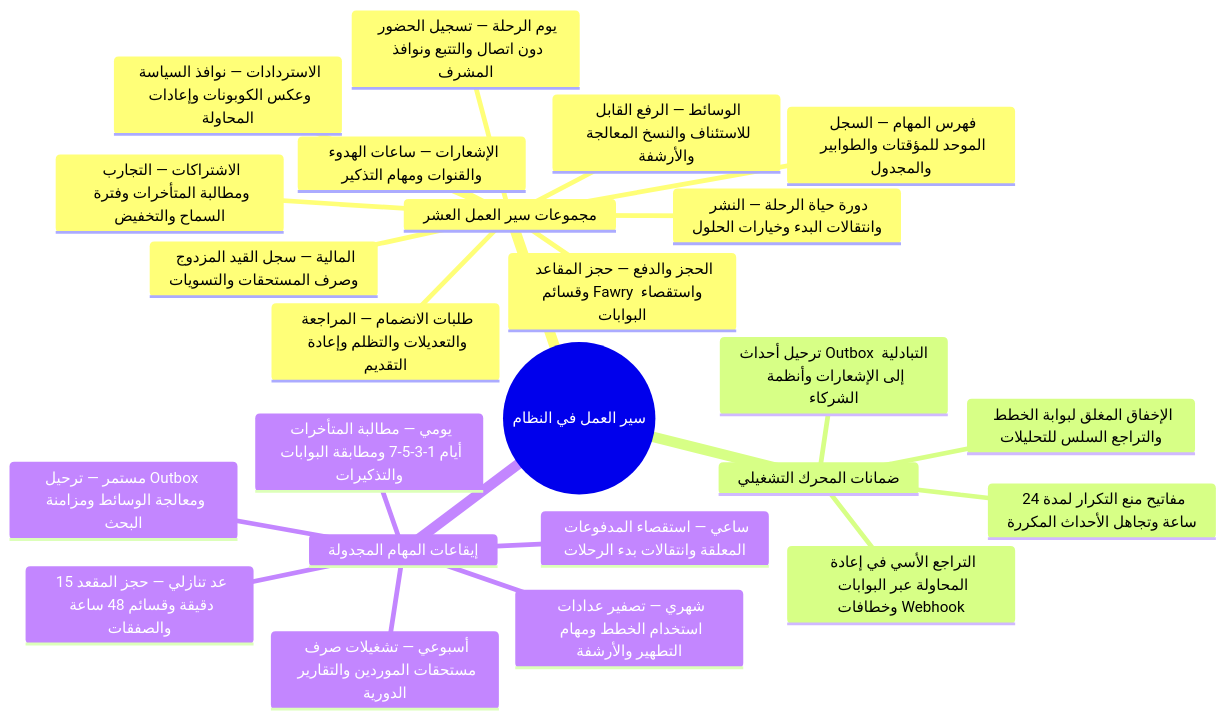
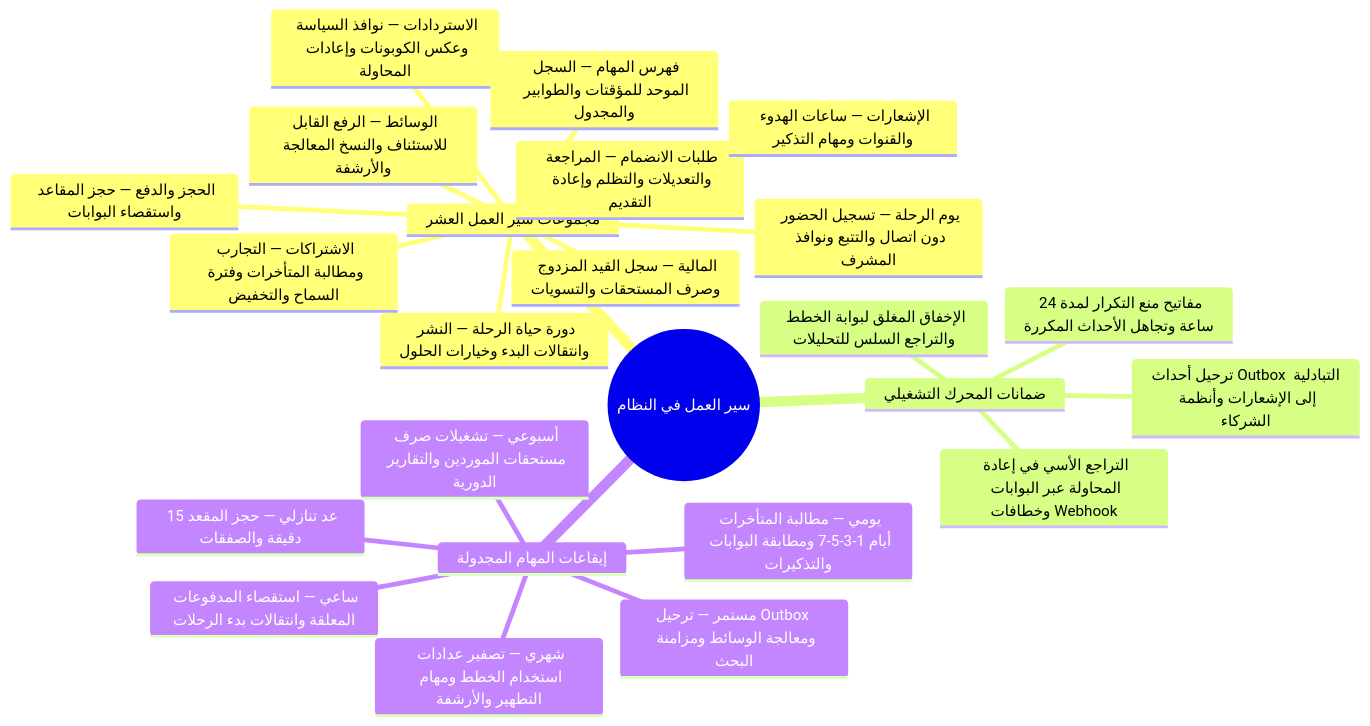
The diagram in content/docs/ar/workflows/index.mdx (mohamedhabibwork/trips-enjoy-docs), drawn with Mermaid before and after one commit. The commit also changed other lines of this file and 117 other files, not shown here.

````diff
--- a/content/docs/ar/workflows/index.mdx
+++ b/content/docs/ar/workflows/index.mdx
@@ -90,27 +90,27 @@
 ```mermaid
 mindmap
   root(("سير العمل في النظام"))
     مجموعات سير العمل العشر
       طلبات الانضمام — المراجعة والتعديلات والتظلم وإعادة التقديم
-      الحجز والدفع — حجز المقاعد وقسائم Fawry واستقصاء البوابات
+      الحجز والدفع — حجز المقاعد واستقصاء البوابات
       الاستردادات — نوافذ السياسة وعكس الكوبونات وإعادات المحاولة
       دورة حياة الرحلة — النشر وانتقالات البدء وخيارات الحلول
       يوم الرحلة — تسجيل الحضور دون اتصال والتتبع ونوافذ المشرف
       المالية — سجل القيد المزدوج وصرف المستحقات والتسويات
       الاشتراكات — التجارب ومطالبة المتأخرات وفترة السماح والتخفيض
       الإشعارات — ساعات الهدوء والقنوات ومهام التذكير
       الوسائط — الرفع القابل للاستئناف والنسخ المعالجة والأرشفة
       فهرس المهام — السجل الموحد للمؤقتات والطوابير والمجدول
     ضمانات المحرك التشغيلي
       مفاتيح منع التكرار لمدة 24 ساعة وتجاهل الأحداث المكررة
       التراجع الأسي في إعادة المحاولة عبر البوابات وخطافات Webhook
       الإخفاق المغلق لبوابة الخطط والتراجع السلس للتحليلات
       ترحيل أحداث Outbox التبادلية إلى الإشعارات وأنظمة الشركاء
     إيقاعات المهام المجدولة
       مستمر — ترحيل Outbox ومعالجة الوسائط ومزامنة البحث
-      عد تنازلي — حجز المقعد 15 دقيقة وقسائم 48 ساعة والصفقات
+      عد تنازلي — حجز المقعد 15 دقيقة والصفقات
       ساعي — استقصاء المدفوعات المعلقة وانتقالات بدء الرحلات
       يومي — مطالبة المتأخرات أيام 1-3-5-7 ومطابقة البوابات والتذكيرات
       أسبوعي — تشغيلات صرف مستحقات الموردين والتقارير الدورية
       شهري — تصفير عدادات استخدام الخطط ومهام التطهير والأرشفة
 ```
````
